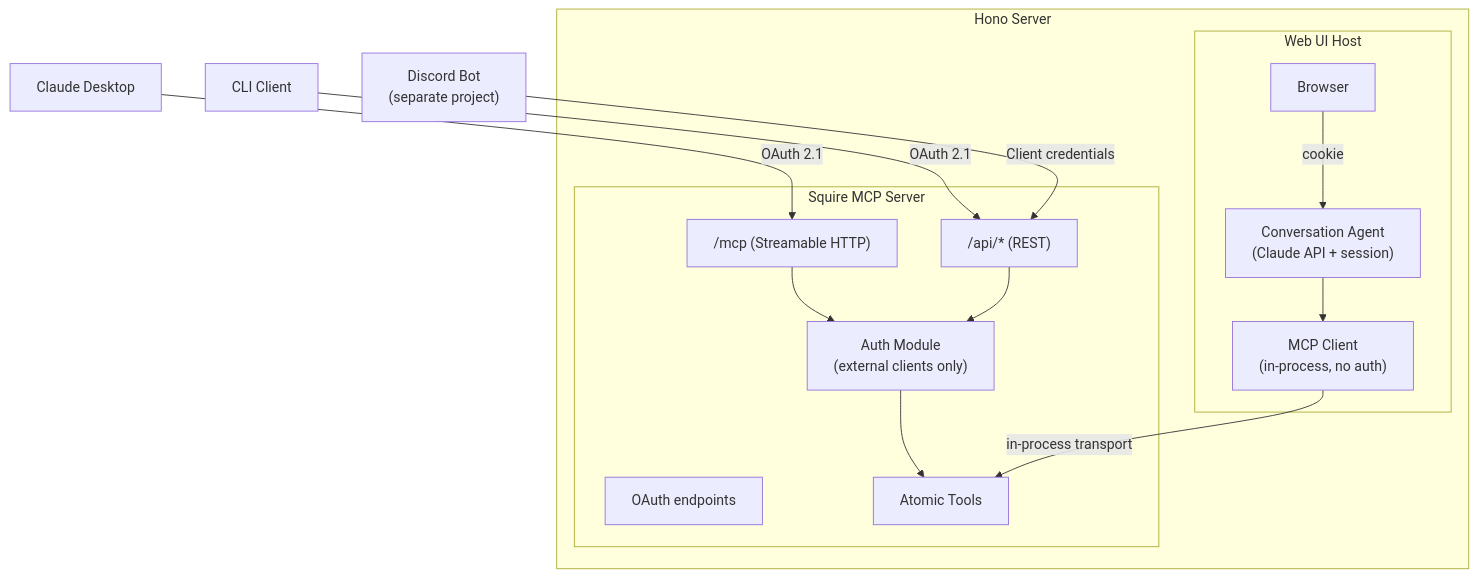
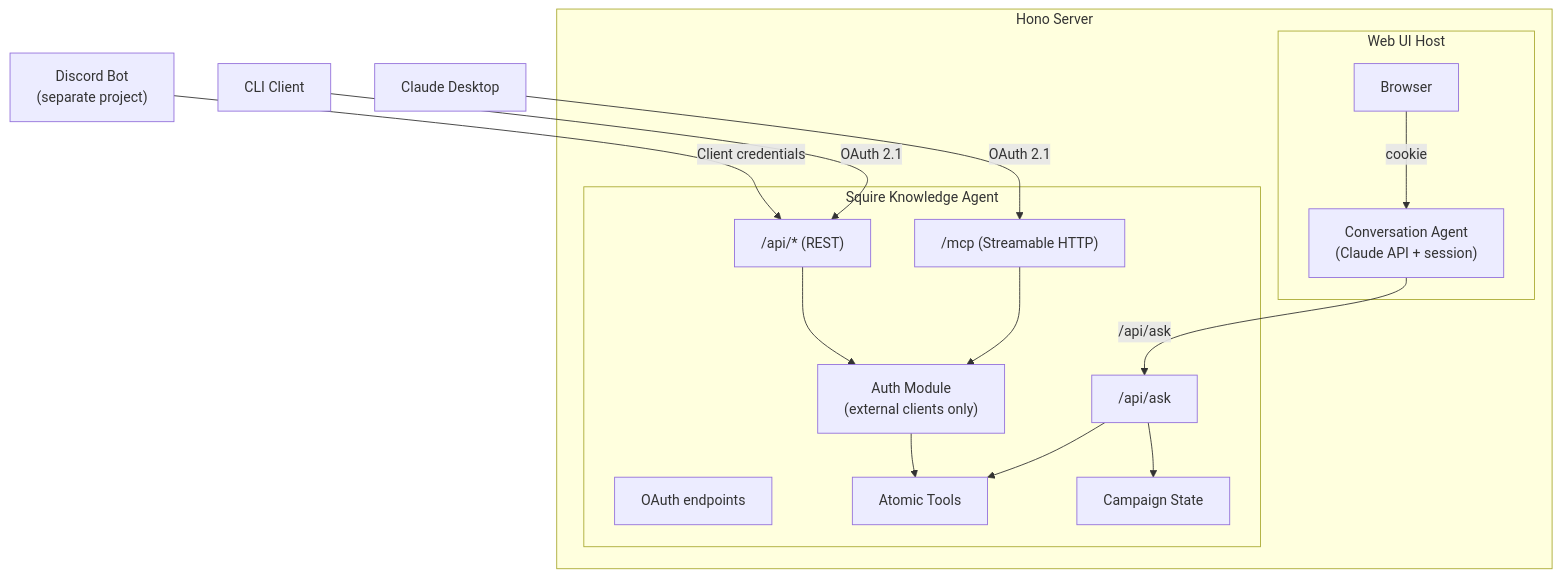
Before and after one commit to maz-org/squire: the first of 2 diagrams in docs/architecture-plan.md, drawn with Mermaid. The commit also changed other lines of this file, not shown here.

First line of the commit message:
docs: revise two-agent model — conversation agent calls /api/ask

````diff
--- a/docs/architecture-plan.md
+++ b/docs/architecture-plan.md
@@ -63,27 +70,29 @@
 ```mermaid
 graph TB
     subgraph hono["Hono Server"]
         subgraph webui["Web UI Host"]
             browser["Browser"]
             conv["Conversation Agent<br/>(Claude API + session)"]
-            mcpclient["MCP Client<br/>(in-process, no auth)"]
             browser -->|cookie| conv
-            conv --> mcpclient
         end
-        subgraph squire["Squire MCP Server"]
+        subgraph squire["Squire Knowledge Agent"]
+            ask["/api/ask"]
             mcp["/mcp (Streamable HTTP)"]
             rest["/api/* (REST)"]
             oauth["OAuth endpoints"]
             auth["Auth Module<br/>(external clients only)"]
             tools["Atomic Tools"]
+            campaign["Campaign State"]
+            ask --> tools
+            ask --> campaign
             mcp --> auth
             rest --> auth
             auth --> tools
         end
-        mcpclient -->|in-process transport| tools
+        conv -->|/api/ask| ask
     end
 
     claude["Claude Desktop"] -->|OAuth 2.1| mcp
     cli["CLI Client"] -->|OAuth 2.1| rest
     discord["Discord Bot<br/>(separate project)"] -->|Client credentials| rest
 ```
````
